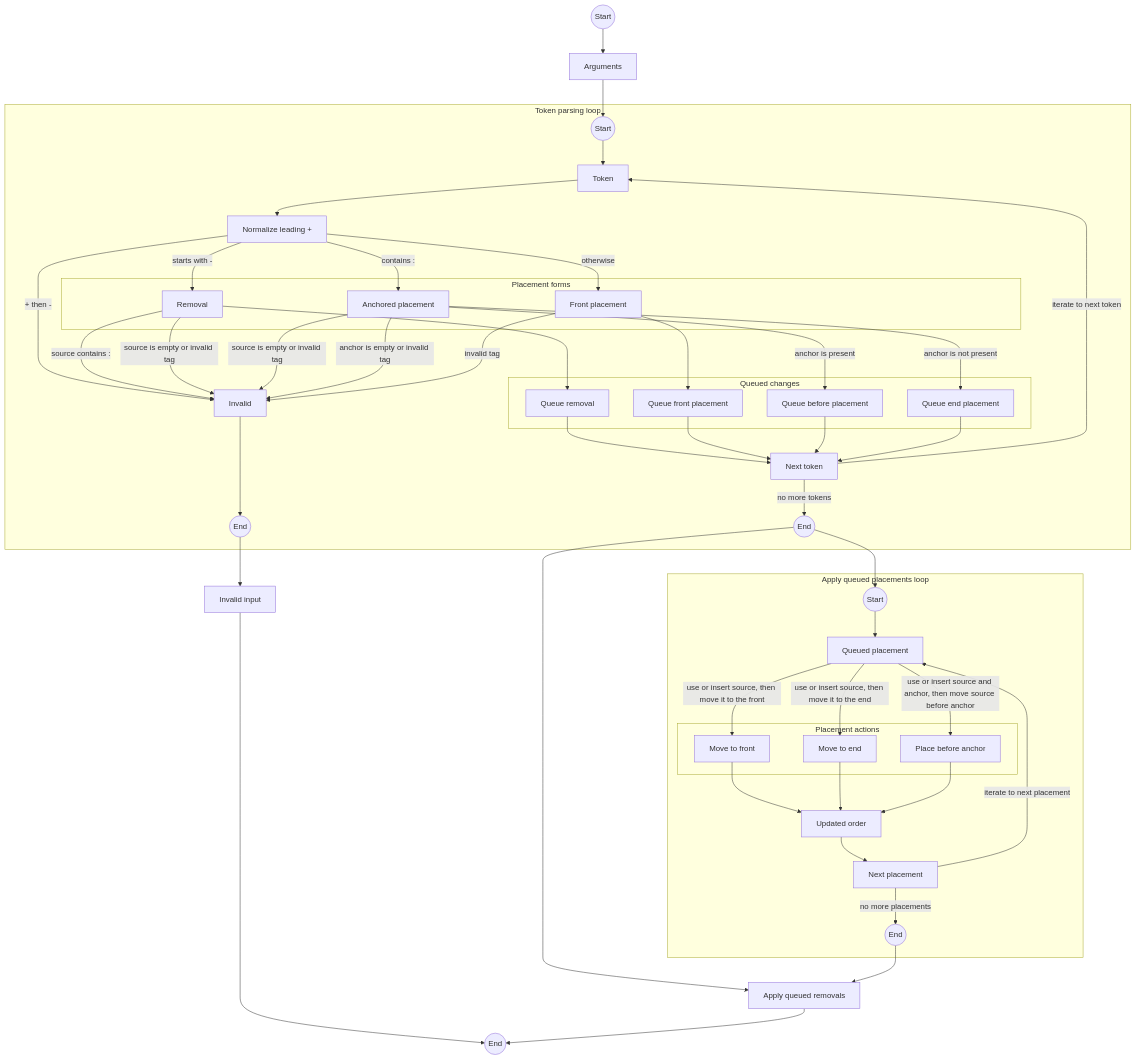
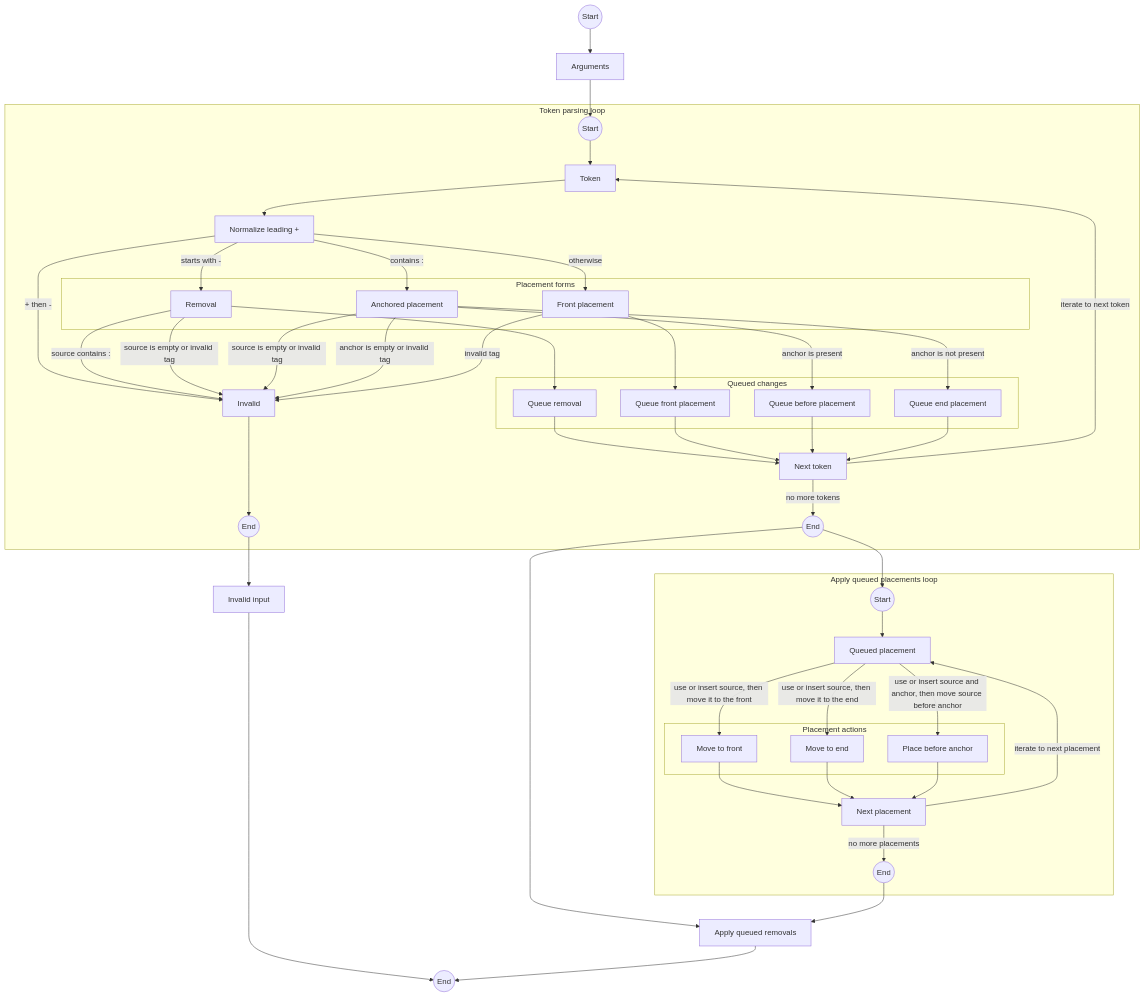
Before and after one commit to Glutexo/macos-language-manager: the diagram in docs/macos-language-manager.md, drawn with Mermaid.

Commit message:
Remove redundant updated-order node

````diff
--- a/docs/macos-language-manager.md
+++ b/docs/macos-language-manager.md
@@ -228,80 +228,78 @@
 ```mermaid
 flowchart TD
     Start((Start)) --> Arguments[Arguments]
     Arguments --> TokenLoopStart
 
     subgraph TokenParsing["Token parsing loop"]
         TokenLoopStart((Start)) --> Token[Token]
         Token[Token] --> LeadingPlus[Normalize leading +]
 
         subgraph PlacementForms["Placement forms"]
             Removal[Removal]
             AnchoredPlacement[Anchored placement]
             FrontPlacement[Front placement]
         end
 
         subgraph QueuedChanges["Queued changes"]
             QueueRemoval[Queue removal]
             QueueFront[Queue front placement]
             QueueBefore[Queue before placement]
             QueueEnd[Queue end placement]
         end
 
         LeadingPlus -- + then - --> Invalid[Invalid]
         LeadingPlus -- starts with - --> Removal
         LeadingPlus -- contains : --> AnchoredPlacement
         LeadingPlus -- otherwise --> FrontPlacement
 
         Removal -- source contains : --> Invalid
         Removal -- source is empty or invalid tag --> Invalid
         Removal --> QueueRemoval
 
         AnchoredPlacement -- source is empty or invalid tag --> Invalid
         AnchoredPlacement -- anchor is empty or invalid tag --> Invalid
         AnchoredPlacement -- anchor is not present --> QueueEnd
         AnchoredPlacement -- anchor is present --> QueueBefore
 
         FrontPlacement -- invalid tag --> Invalid
         FrontPlacement --> QueueFront
 
         QueueRemoval --> NextToken[Next token]
         QueueFront --> NextToken
         QueueBefore --> NextToken
         QueueEnd --> NextToken
 
         NextToken -- iterate to next token --> Token
         Invalid --> TokenLoopInvalidEnd((End))
         NextToken -- no more tokens --> TokenLoopDoneEnd((End))
     end
 
     TokenLoopInvalidEnd --> InvalidInput[Invalid input]
     InvalidInput --> End((End))
 
     TokenLoopDoneEnd --> PlacementLoopStart
     TokenLoopDoneEnd --> ApplyRemovals[Apply queued removals]
 
     subgraph PlacementLoop["Apply queued placements loop"]
         PlacementLoopStart((Start)) --> Placement[Queued placement]
 
         subgraph PlacementActions["Placement actions"]
             MoveToFront[Move to front]
             MoveToEnd[Move to end]
             PlaceBeforeAnchor[Place before anchor]
         end
 
         Placement -- use or insert source, then move it to the front --> MoveToFront
         Placement -- use or insert source, then move it to the end --> MoveToEnd
         Placement -- use or insert source and anchor, then move source before anchor --> PlaceBeforeAnchor
 
-        MoveToFront --> UpdatedOrder[Updated order]
-        MoveToEnd --> UpdatedOrder
-        PlaceBeforeAnchor --> UpdatedOrder
-
-        UpdatedOrder --> NextPlacement[Next placement]
+        MoveToFront --> NextPlacement[Next placement]
+        MoveToEnd --> NextPlacement
+        PlaceBeforeAnchor --> NextPlacement
         NextPlacement -- iterate to next placement --> Placement
         NextPlacement -- no more placements --> PlacementLoopEnd((End))
     end
 
     PlacementLoopEnd --> ApplyRemovals
     ApplyRemovals --> End
 ```
````
